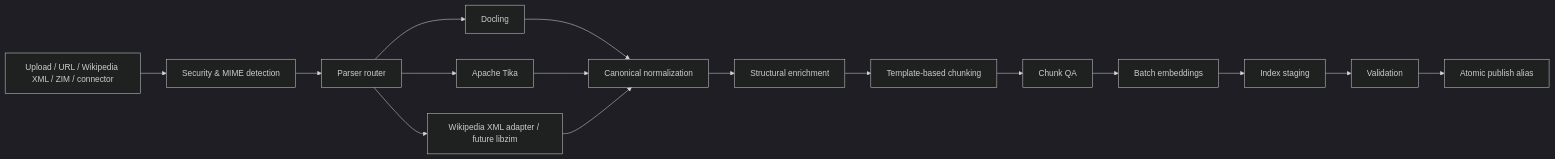
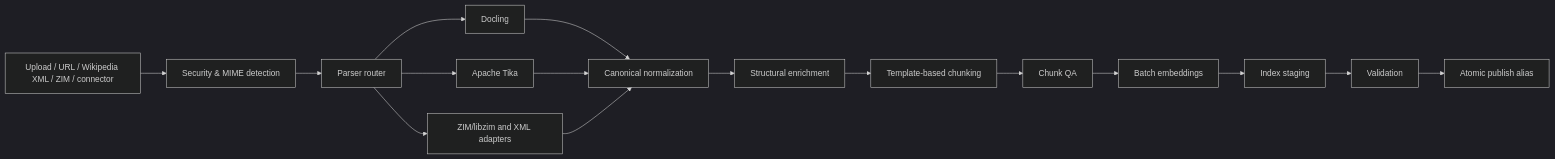
Before and after one commit to StickyClown/Wikipedia-RAG: the second of 3 diagrams in docs/architecture.md, drawn with Mermaid (dark theme). The commit also changed other lines of this file and 90 other files, not shown here.

````diff
--- a/docs/architecture.md
+++ b/docs/architecture.md
@@ -574,26 +631,26 @@
 ```mermaid
 flowchart LR
     U[Upload / URL / Wikipedia XML / ZIM / connector]
     S[Security & MIME detection]
     R[Parser router]
     D[Docling]
     T[Apache Tika]
-    Z[Wikipedia XML adapter / future libzim]
+    Z[ZIM/libzim and XML adapters]
     N[Canonical normalization]
     E[Structural enrichment]
     C[Template-based chunking]
     Q[Chunk QA]
     B[Batch embeddings]
     I[Index staging]
     V[Validation]
     P[Atomic publish alias]
 
     U --> S --> R
     R --> D
     R --> T
     R --> Z
     D --> N
     T --> N
     Z --> N
     N --> E --> C --> Q --> B --> I --> V --> P
 ```
````
